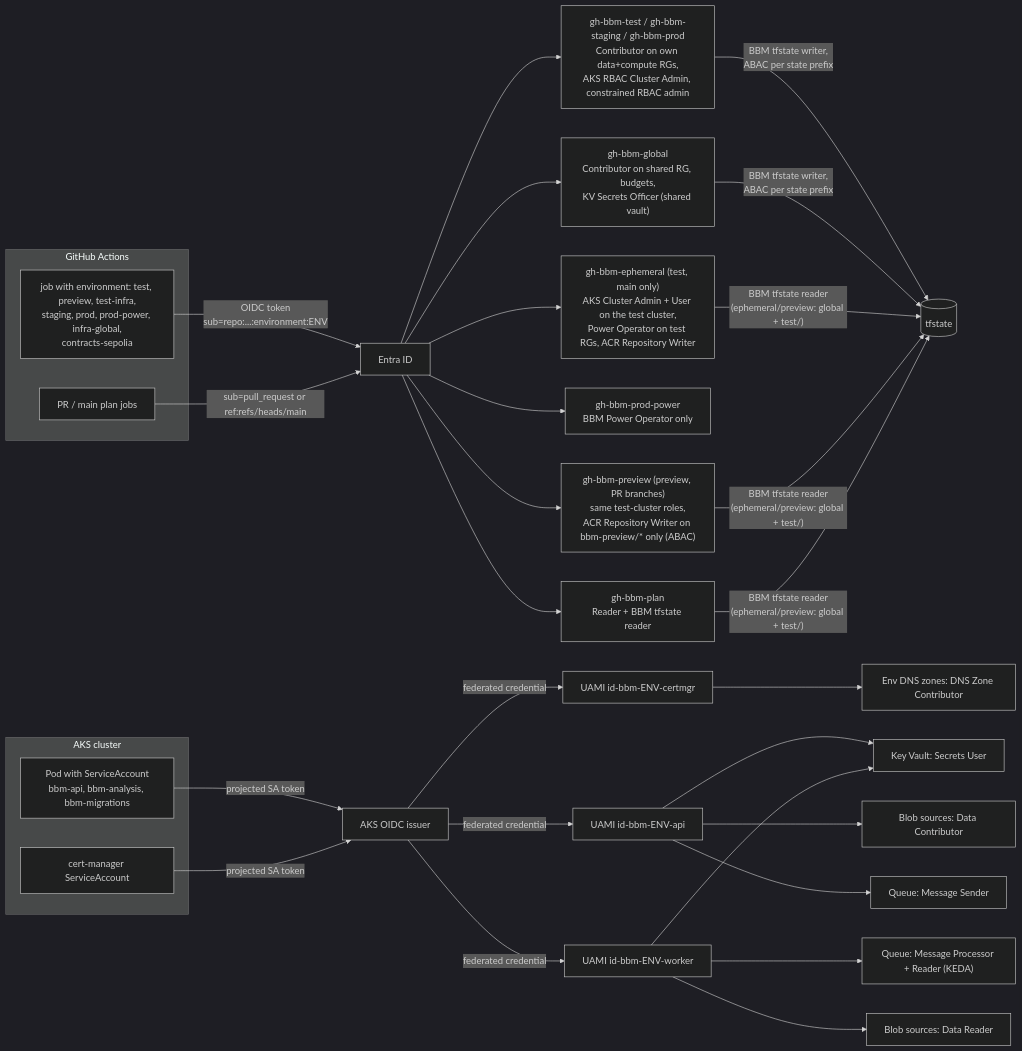
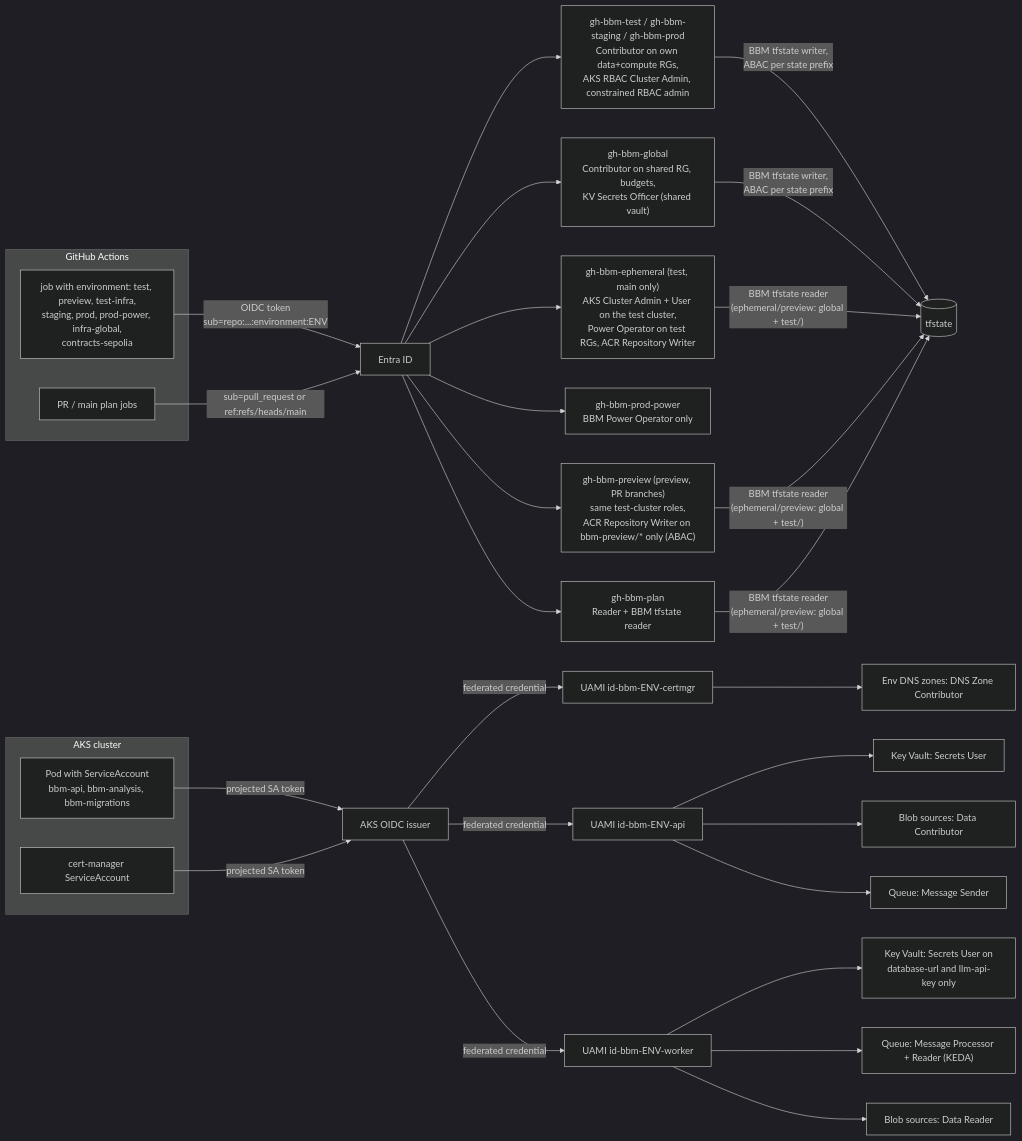
One commit to cse416-fa26-sixseven/bug-bounty-marketplace changed the third of 5 diagrams in docs/devops/architecture.md. Above: the diagram before and after it, drawn with Mermaid (dark theme). The commit also changed other lines of this file and 1 other file, not shown here.

Commit message:
docs(devops): the worker identity reads only database-url and llm-api-key

````diff
--- a/docs/devops/architecture.md
+++ b/docs/devops/architecture.md
@@ -192,34 +192,34 @@
 ```mermaid
 flowchart LR
     subgraph GH["GitHub Actions"]
         JOB["job with environment: test, preview, test-infra,<br/>staging, prod, prod-power, infra-global,<br/>contracts-sepolia"]
         PR["PR / main plan jobs"]
     end
     JOB -- "OIDC token<br/>sub=repo:...:environment:ENV" --> ENTRA["Entra ID"]
     PR -- "sub=pull_request or ref:refs/heads/main" --> ENTRA
     ENTRA --> EPH["gh-bbm-ephemeral (test, main only)<br/>AKS Cluster Admin + User on the test cluster,<br/>Power Operator on test RGs, ACR Repository Writer"]
     ENTRA --> PRV["gh-bbm-preview (preview, PR branches)<br/>same test-cluster roles,<br/>ACR Repository Writer on bbm-preview/* only (ABAC)"]
     ENTRA --> STG["gh-bbm-test / gh-bbm-staging / gh-bbm-prod<br/>Contributor on own data+compute RGs,<br/>AKS RBAC Cluster Admin, constrained RBAC admin"]
     ENTRA --> PWR["gh-bbm-prod-power<br/>BBM Power Operator only"]
     ENTRA --> GLB["gh-bbm-global<br/>Contributor on shared RG, budgets,<br/>KV Secrets Officer (shared vault)"]
     ENTRA --> PLAN["gh-bbm-plan<br/>Reader + BBM tfstate reader"]
     STG & GLB -- "BBM tfstate writer,<br/>ABAC per state prefix" --> TFS[("tfstate")]
     EPH & PRV & PLAN -- "BBM tfstate reader<br/>(ephemeral/preview: global + test/)" --> TFS
 
     subgraph K8s["AKS cluster"]
         SA["Pod with ServiceAccount<br/>bbm-api, bbm-analysis, bbm-migrations"]
         CMSA["cert-manager ServiceAccount"]
     end
     SA -- "projected SA token" --> ISS["AKS OIDC issuer"]
     CMSA -- "projected SA token" --> ISS
     ISS -- "federated credential" --> UCM["UAMI id-bbm-ENV-certmgr"]
     UCM --> DZ["Env DNS zones: DNS Zone Contributor"]
     ISS -- "federated credential" --> UAPI["UAMI id-bbm-ENV-api"]
     ISS -- "federated credential" --> UWRK["UAMI id-bbm-ENV-worker"]
     UAPI --> KV["Key Vault: Secrets User"]
     UAPI --> BLOB["Blob sources: Data Contributor"]
     UAPI --> QS["Queue: Message Sender"]
-    UWRK --> KV
+    UWRK --> KVW["Key Vault: Secrets User on<br/>database-url and llm-api-key only"]
     UWRK --> QP["Queue: Message Processor + Reader (KEDA)"]
     UWRK --> BLOBR["Blob sources: Data Reader"]
 ```
````
